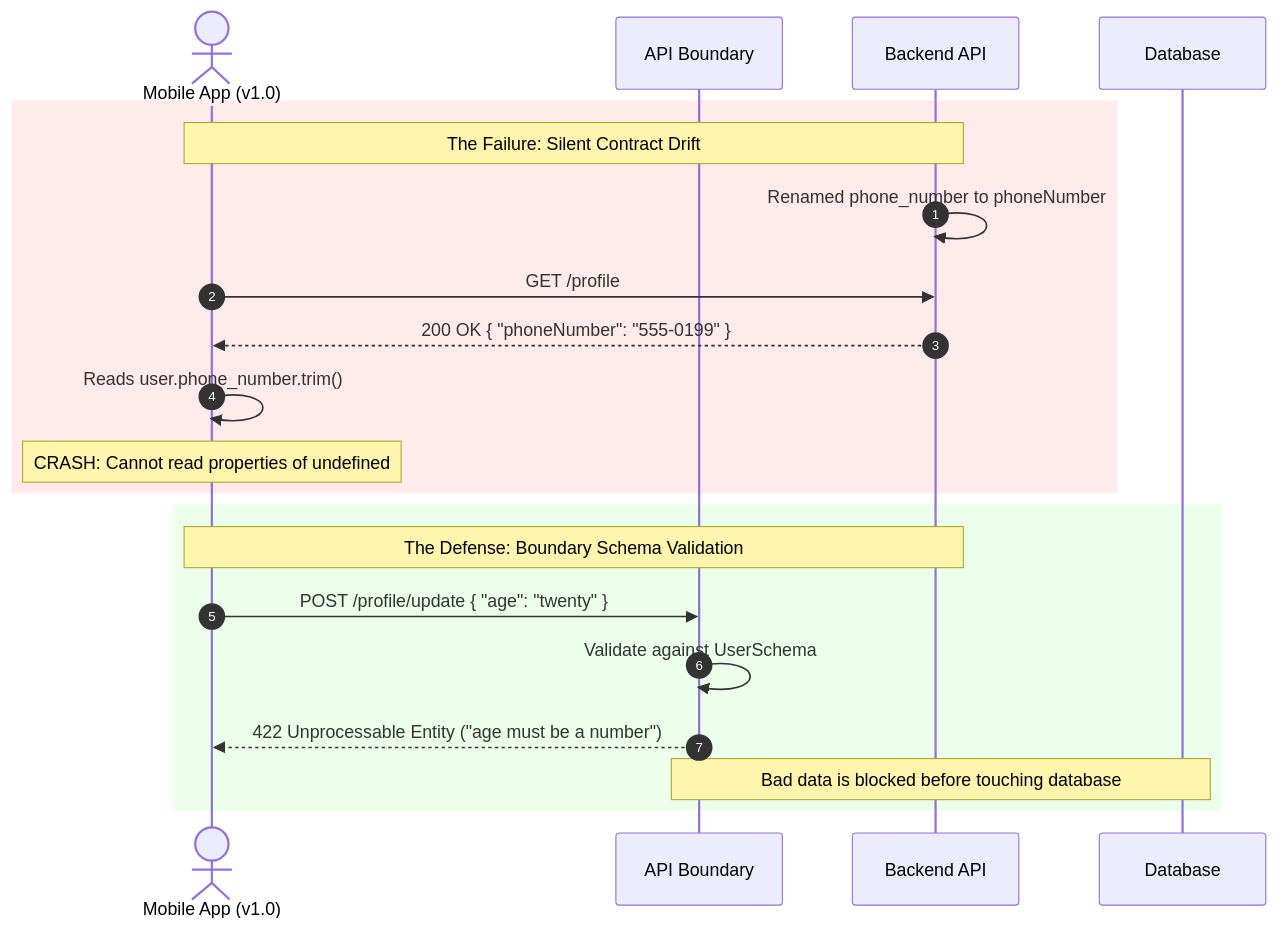
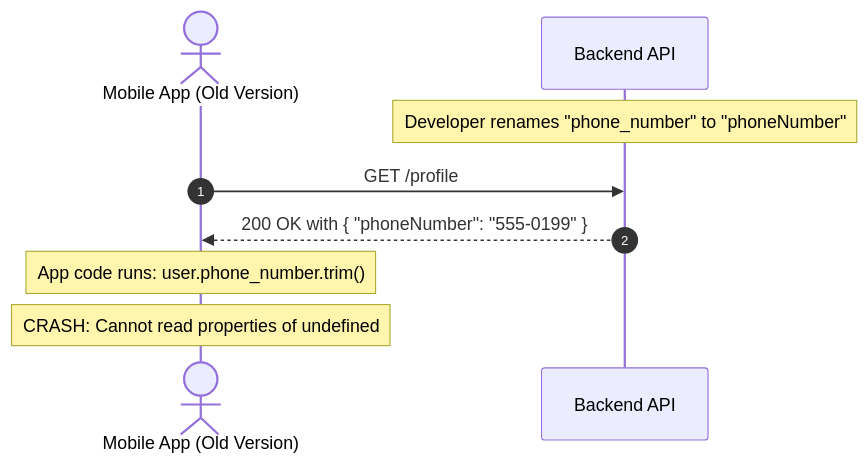
The first of 2 diagrams in docs/01-foundations/002-api-contract-drift-and-schema-validation/README.md (ihssmaheel-dev/what-breaks-in-prod), drawn with Mermaid before and after one commit. The commit also changed other lines of this file and 3 other files, not shown here.

Commit message:
fix(mermaid): remove rect backgrounds to ensure high contrast in dark mode

````diff
--- a/docs/01-foundations/002-api-contract-drift-and-schema-validation/README.md
+++ b/docs/01-foundations/002-api-contract-drift-and-schema-validation/README.md
@@ -69,25 +71,12 @@
 ```mermaid
 sequenceDiagram
     autonumber
-    actor User as Mobile App (v1.0)
-    participant Gateway as API Boundary
+    actor App as Mobile App (Old Version)
     participant Server as Backend API
-    participant DB as Database
 
-    rect rgb(255, 235, 235)
-        Note over User,Server: The Failure: Silent Contract Drift
-        Server->>Server: Renamed phone_number to phoneNumber
-        User->>Server: GET /profile
-        Server-->>User: 200 OK { "phoneNumber": "555-0199" }
-        User->>User: Reads user.phone_number.trim()
-        Note over User: CRASH: Cannot read properties of undefined
-    end
-
-    rect rgb(235, 255, 235)
-        Note over User,Server: The Defense: Boundary Schema Validation
-        User->>Gateway: POST /profile/update { "age": "twenty" }
-        Gateway->>Gateway: Validate against UserSchema
-        Gateway-->>User: 422 Unprocessable Entity ("age must be a number")
-        Note over Gateway,DB: Bad data is blocked before touching database
-    end
+    Note over Server: Developer renames "phone_number" to "phoneNumber"
+    App->>Server: GET /profile
+    Server-->>App: 200 OK with { "phoneNumber": "555-0199" }
+    Note over App: App code runs: user.phone_number.trim()
+    Note over App: CRASH: Cannot read properties of undefined
 ```
````
